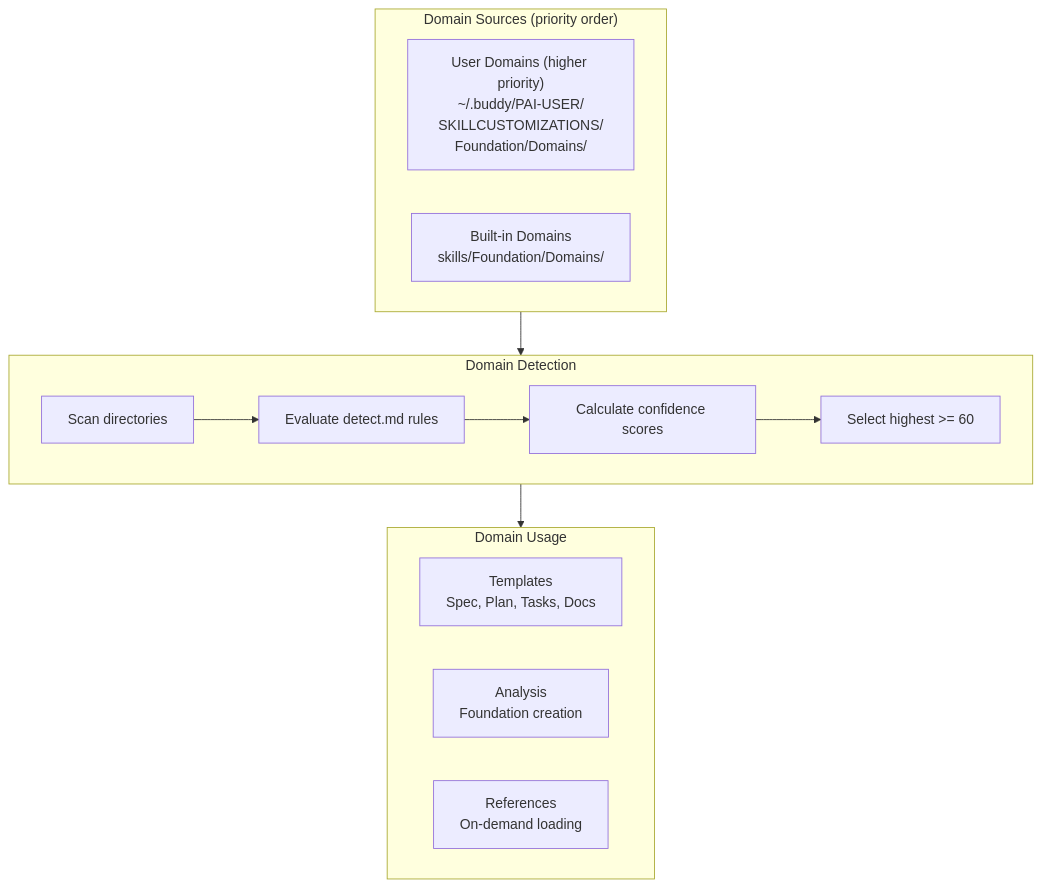
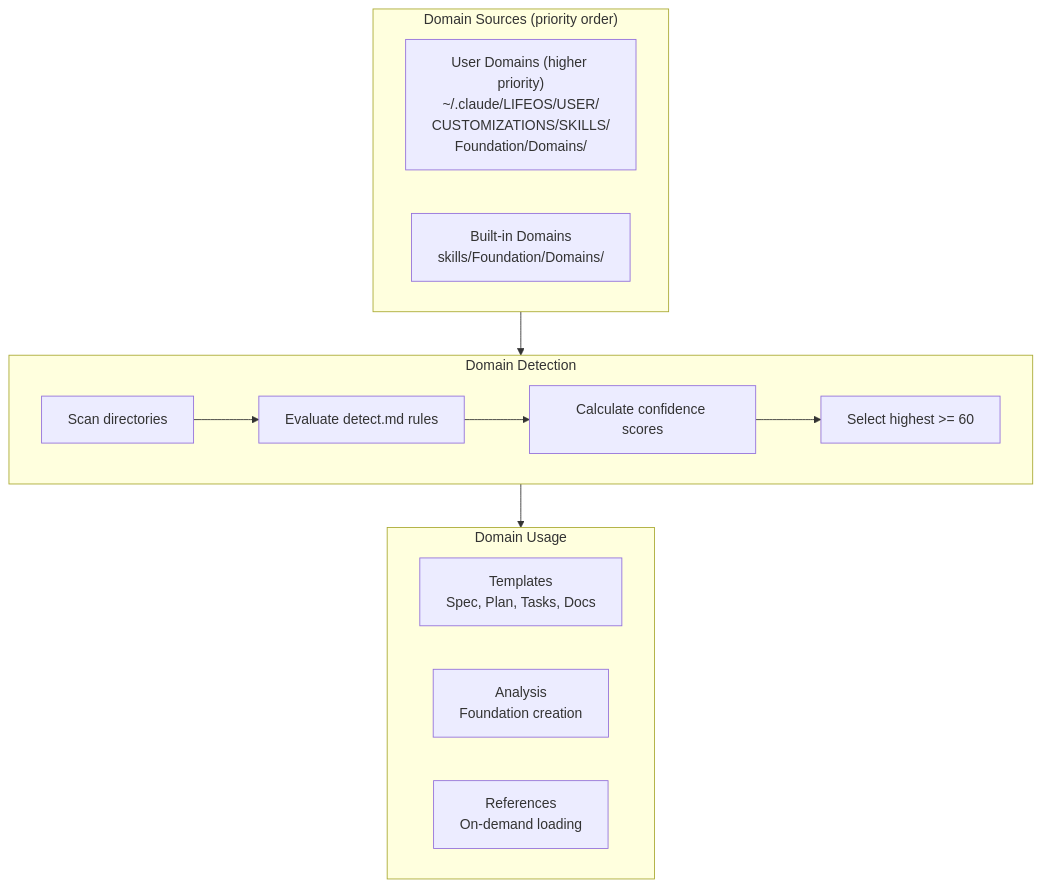
The first of 2 diagrams in plugins/buddy/docs/domains.md (rsts-dev/claude-buddy-marketplace), drawn with Mermaid before and after one commit. The commit also changed other lines of this file and 94 other files, not shown here.

````diff
--- a/plugins/buddy/docs/domains.md
+++ b/plugins/buddy/docs/domains.md
@@ -9,22 +9,22 @@
 ```mermaid
 graph TB
     subgraph Sources["Domain Sources (priority order)"]
-        User["User Domains (higher priority)<br/>~/.buddy/PAI-USER/<br/>SKILLCUSTOMIZATIONS/<br/>Foundation/Domains/"]
+        User["User Domains (higher priority)<br/>~/.claude/LIFEOS/USER/<br/>CUSTOMIZATIONS/SKILLS/<br/>Foundation/Domains/"]
         Builtin["Built-in Domains<br/>skills/Foundation/Domains/"]
     end
 
     subgraph Detection["Domain Detection"]
         Scan["Scan directories"] --> Rules["Evaluate detect.md rules"]
         Rules --> Score["Calculate confidence scores"]
         Score --> Select["Select highest >= 60"]
     end
 
     subgraph Usage["Domain Usage"]
         Templates["Templates<br/>Spec, Plan, Tasks, Docs"]
         Analysis["Analysis<br/>Foundation creation"]
         References["References<br/>On-demand loading"]
     end
 
     Sources --> Detection
     Detection --> Usage
 ```
````
